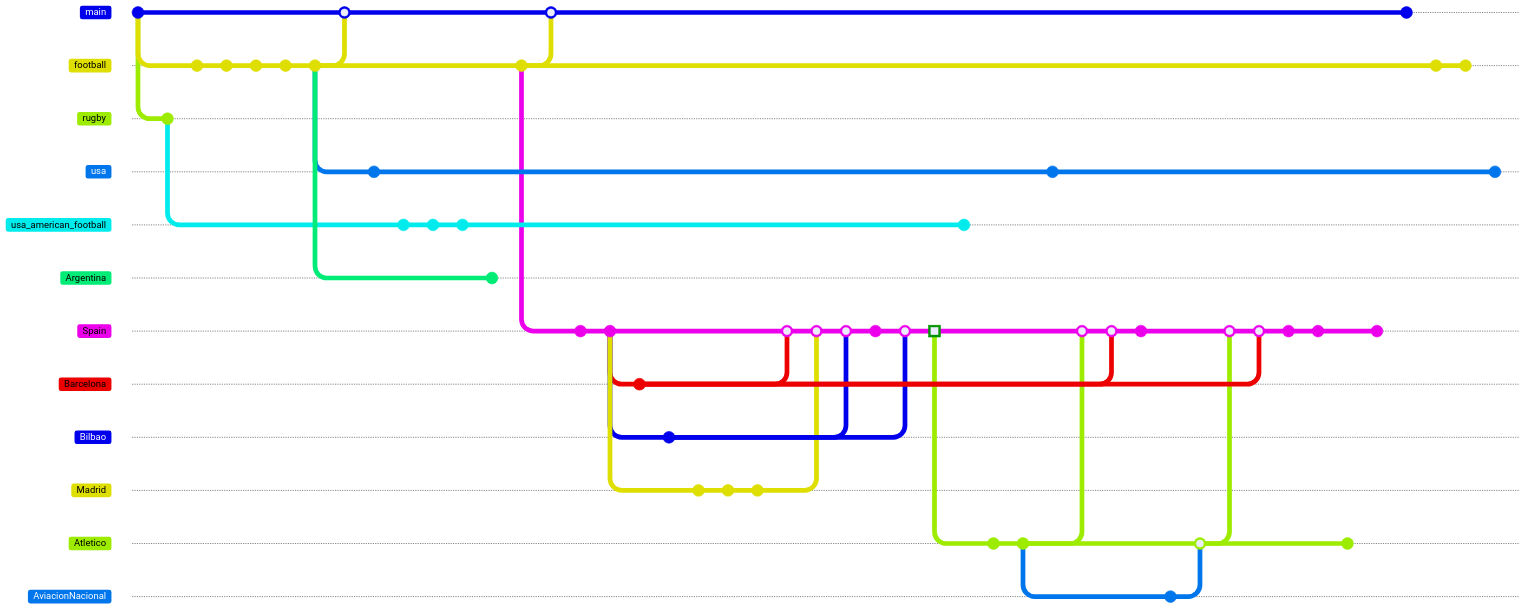
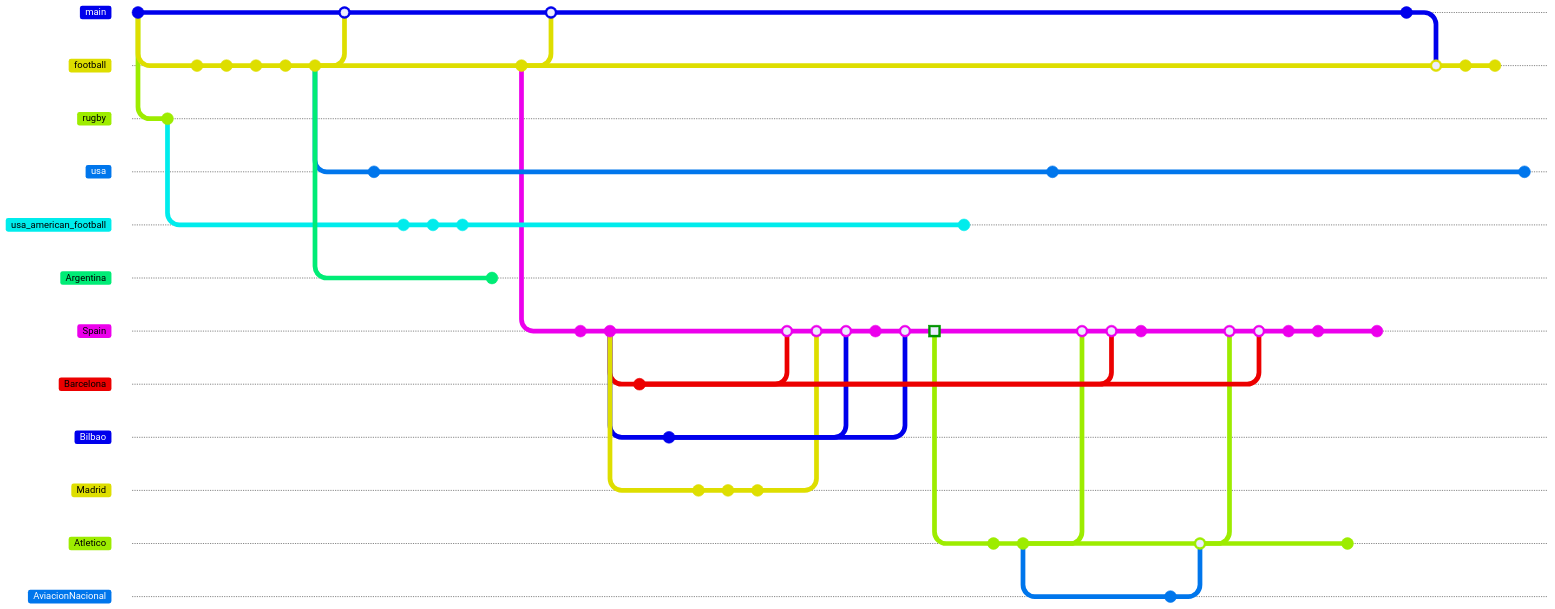
The first of 8 diagrams in README.md (sarnobat/mermaid), drawn with Mermaid before and after one commit. The commit also changed other lines of this file, not shown here. Commit ids are hidden.

```diff
--- a/README.md
+++ b/README.md
@@ -98,6 +99,7 @@
     checkout main
     commit id: "1955 Floodlighting invented"
     checkout football
+    merge main
     commit id: "1955 weekday football becomes possible, European Cup inaugurated"
     commit id: "1963 transfer system inception"
     checkout usa
```
